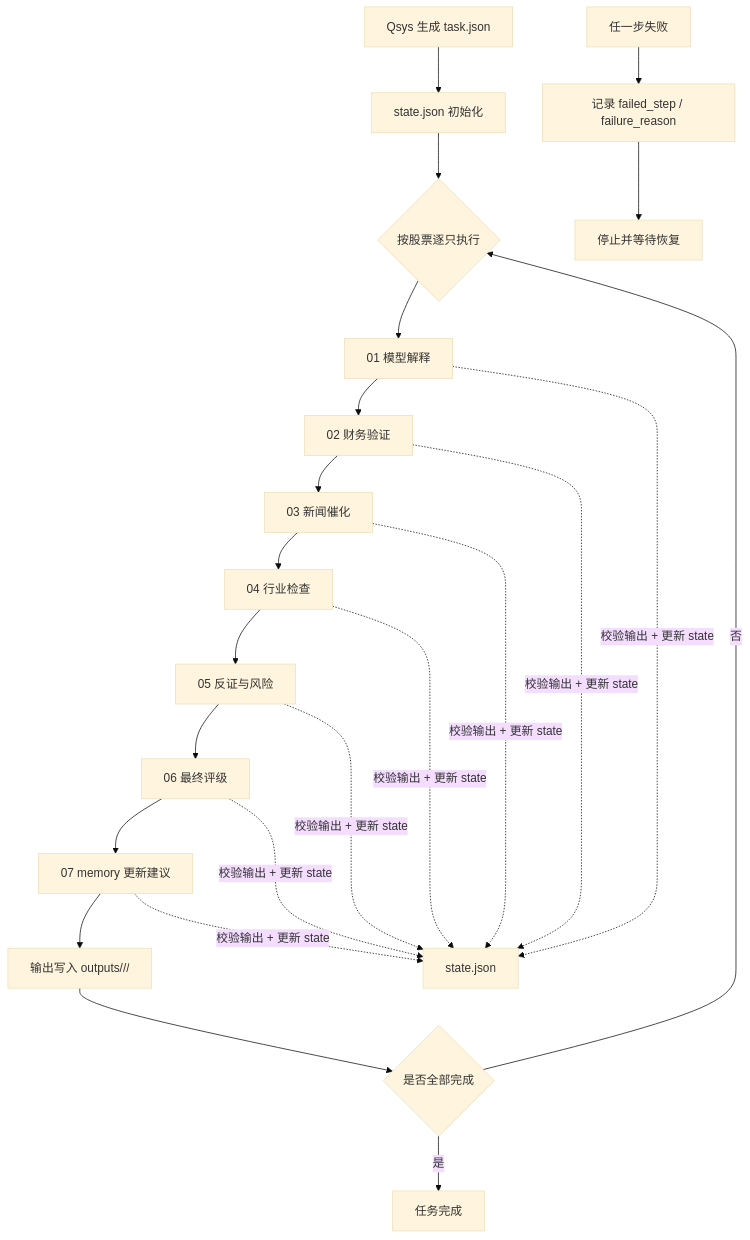
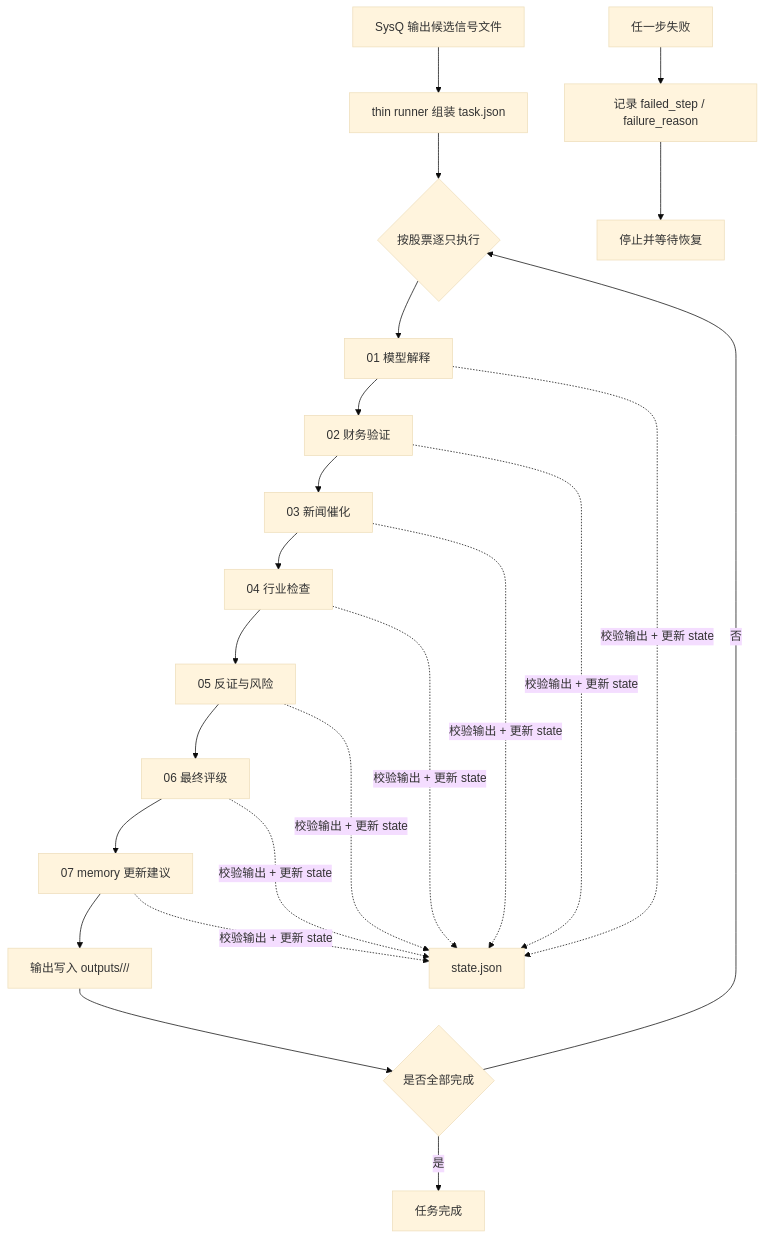
Before and after one commit to sinnergarden/SysA: the diagram in README.md, drawn with Mermaid (base theme). The commit also changed other lines of this file and 7 other files, not shown here.

````diff
--- a/README.md
+++ b/README.md
@@ -17,27 +17,27 @@
 ```mermaid
 flowchart TD
-    A[Qsys 生成 task.json] --> B[state.json 初始化]
+    A[SysQ 输出候选信号文件] --> B[thin runner 组装 task.json]
     B --> C{按股票逐只执行}
     C --> D[01 模型解释]
     D --> E[02 财务验证]
     E --> F[03 新闻催化]
     F --> G[04 行业检查]
     G --> H[05 反证与风险]
     H --> I[06 最终评级]
     I --> J[07 memory 更新建议]
     J --> K[输出写入 outputs/<task_id>/<ts_code>/]
     K --> L{是否全部完成}
     L -- 否 --> C
     L -- 是 --> M[任务完成]
 
     D -. 校验输出 + 更新 state .-> N[state.json]
     E -. 校验输出 + 更新 state .-> N
     F -. 校验输出 + 更新 state .-> N
     G -. 校验输出 + 更新 state .-> N
     H -. 校验输出 + 更新 state .-> N
     I -. 校验输出 + 更新 state .-> N
     J -. 校验输出 + 更新 state .-> N
 
     X[任一步失败] --> Y[记录 failed_step / failure_reason]
     Y --> Z[停止并等待恢复]
 ```
````
